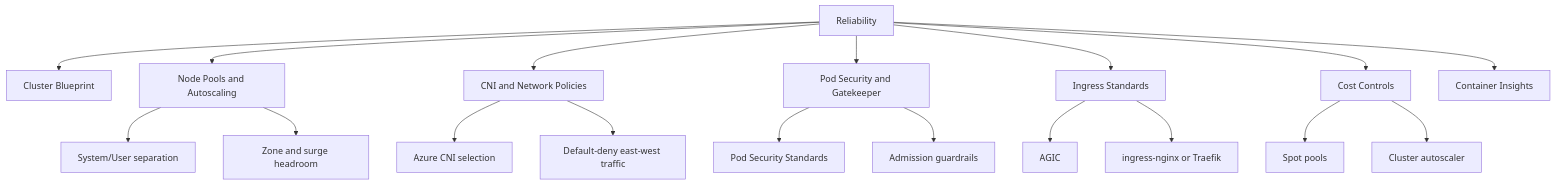
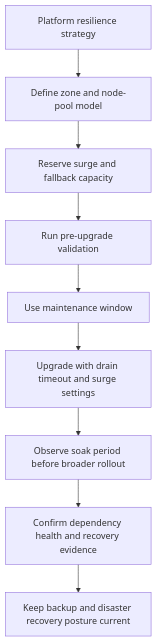
One commit to yeongseon/azure-kubernetes-service-practical-guide changed the diagram in docs/best-practices/reliability.md. Above: the diagram before and after it, drawn with Mermaid. The commit also changed other lines of this file and 5 other files, not shown here.

````diff
--- a/docs/best-practices/reliability.md
+++ b/docs/best-practices/reliability.md
@@ -45,20 +37,11 @@
 ```mermaid
 flowchart TD
-    A[Reliability] --> B[Cluster Blueprint]
-    A --> C[Node Pools and Autoscaling]
-    A --> D[CNI and Network Policies]
-    A --> E[Pod Security and Gatekeeper]
-    A --> F[Ingress Standards]
-    A --> G[Cost Controls]
-    A --> H[Container Insights]
-    C --> C1[System/User separation]
-    C --> C2[Zone and surge headroom]
-    D --> D1[Azure CNI selection]
-    D --> D2[Default-deny east-west traffic]
-    E --> E1[Pod Security Standards]
-    E --> E2[Admission guardrails]
-    F --> F1[AGIC]
-    F --> F2[ingress-nginx or Traefik]
-    G --> G1[Spot pools]
-    G --> G2[Cluster autoscaler]
+    A[Platform resilience strategy] --> B[Define zone and node-pool model]
+    B --> C[Reserve surge and fallback capacity]
+    C --> D[Run pre-upgrade validation]
+    D --> E[Use maintenance window]
+    E --> F[Upgrade with drain timeout and surge settings]
+    F --> G[Observe soak period before broader rollout]
+    G --> H[Confirm dependency health and recovery evidence]
+    H --> I[Keep backup and disaster recovery posture current]
 ```
````
